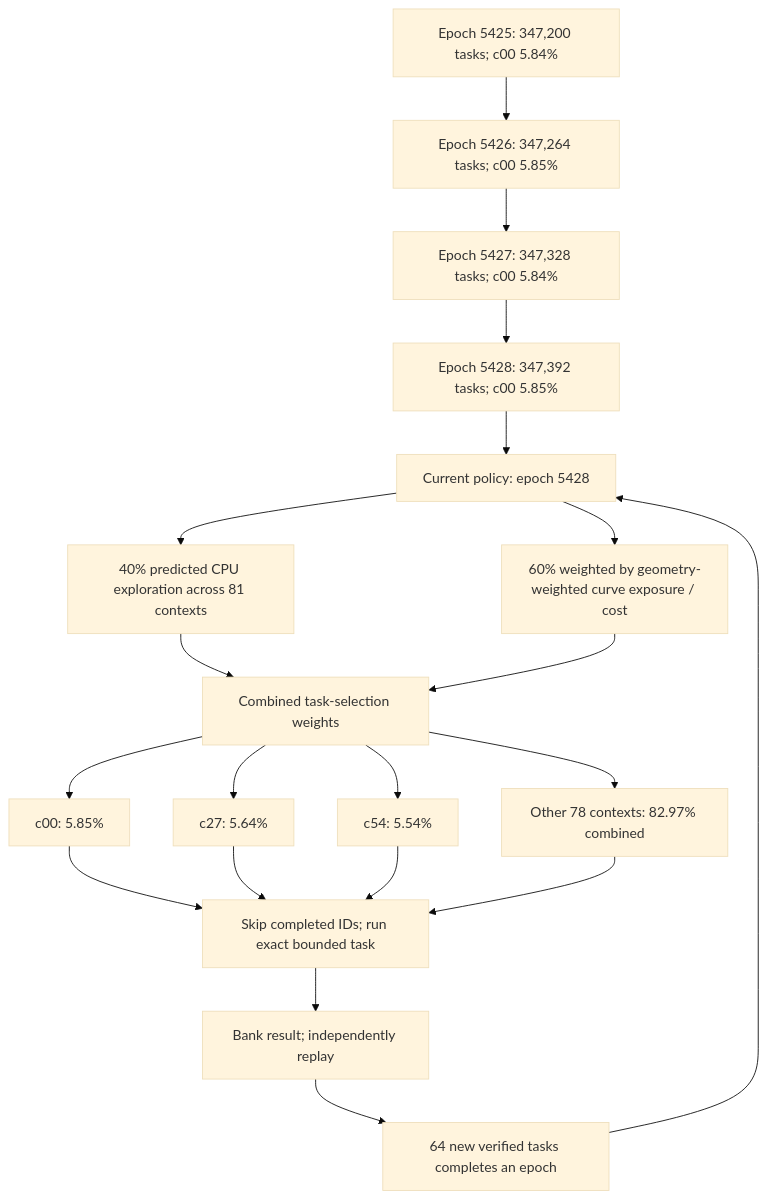
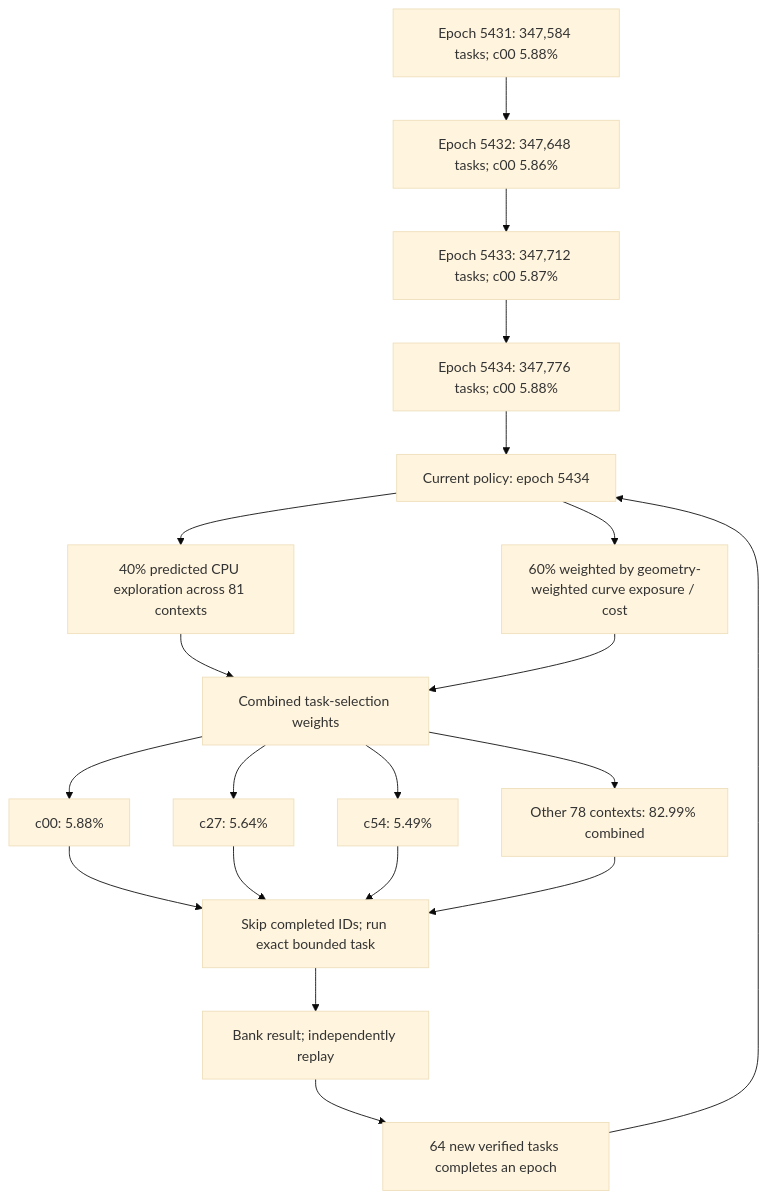
One commit to Kuberwastaken/math-gambling changed the first of 3 diagrams in README.md. Above: the diagram before and after it, drawn with Mermaid (base theme). The commit also changed other lines of this file and 1174 other files, not shown here.

````diff
--- a/README.md
+++ b/README.md
@@ -60,27 +60,27 @@
 ```mermaid
 flowchart TD
-    H0["Epoch 5425: 347,200 tasks; c00 5.84%"]
-    H1["Epoch 5426: 347,264 tasks; c00 5.85%"]
+    H0["Epoch 5431: 347,584 tasks; c00 5.88%"]
+    H1["Epoch 5432: 347,648 tasks; c00 5.86%"]
     H0 --> H1
-    H2["Epoch 5427: 347,328 tasks; c00 5.84%"]
+    H2["Epoch 5433: 347,712 tasks; c00 5.87%"]
     H1 --> H2
-    H3["Epoch 5428: 347,392 tasks; c00 5.85%"]
+    H3["Epoch 5434: 347,776 tasks; c00 5.88%"]
     H2 --> H3
-    Policy["Current policy: epoch 5428"]
+    Policy["Current policy: epoch 5434"]
     H3 --> Policy
     Policy --> Explore["40% predicted CPU exploration across 81 contexts"]
     Policy --> Cost["60% weighted by geometry-weighted curve exposure / cost"]
     Explore --> Mix["Combined task-selection weights"]
     Cost --> Mix
-    Mix --> C0["c00: 5.85%"]
+    Mix --> C0["c00: 5.88%"]
     Mix --> C1["c27: 5.64%"]
-    Mix --> C2["c54: 5.54%"]
-    Mix --> Rest["Other 78 contexts: 82.97% combined"]
+    Mix --> C2["c54: 5.49%"]
+    Mix --> Rest["Other 78 contexts: 82.99% combined"]
     C0 --> Check["Skip completed IDs; run exact bounded task"]
     C1 --> Check
     C2 --> Check
     Rest --> Check
     Check --> Replay["Bank result; independently replay"]
     Replay --> Gate["64 new verified tasks completes an epoch"]
     Gate --> Policy
 ```
````
